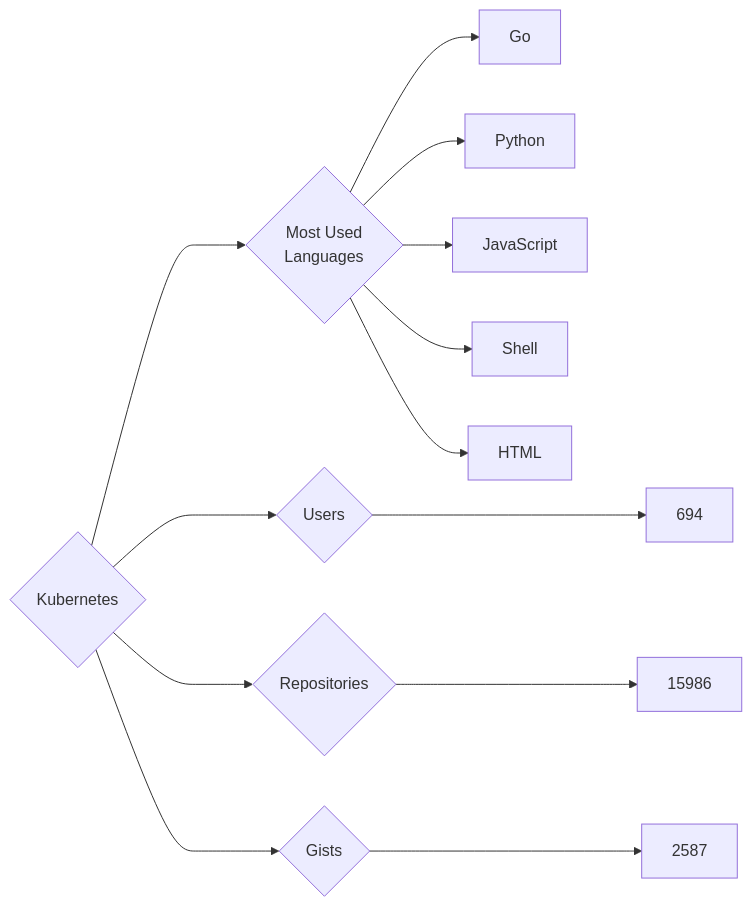
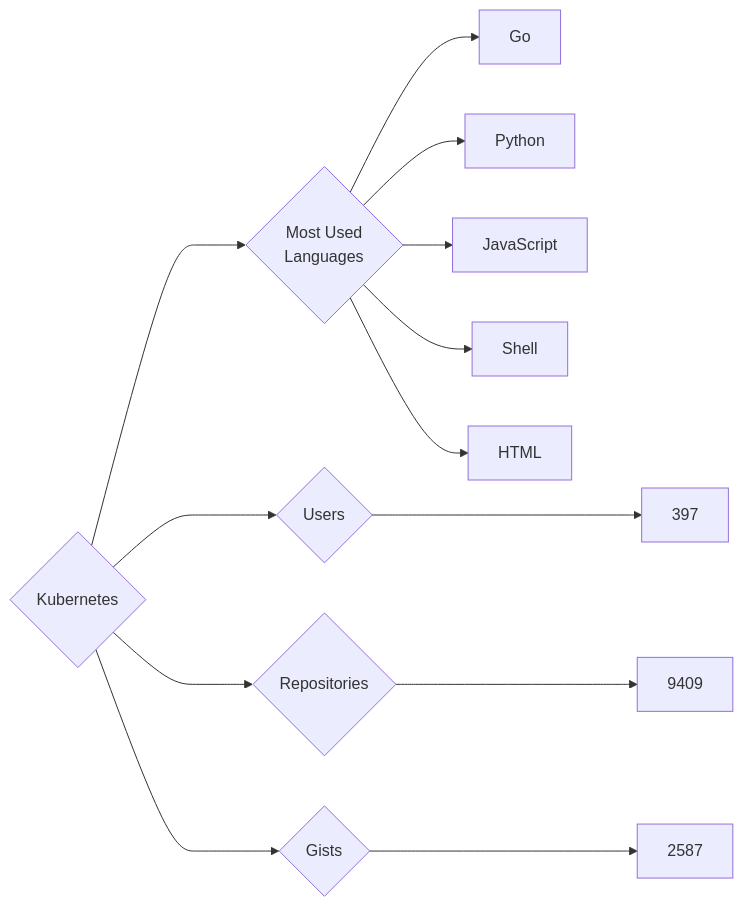
Before and after one commit to trickest/insiders: the diagram in targets/Kubernetes/README.md, drawn with Mermaid. The commit also changed 679 other files, not shown here.

````diff
--- a/targets/Kubernetes/README.md
+++ b/targets/Kubernetes/README.md
@@ -3,13 +3,13 @@
 ```mermaid
 graph LR
 COMPANY_NAME{Kubernetes}
-COMPANY_NAME ---> U{Users} ---> UN[694]
-COMPANY_NAME ---> R{Repositories} ---> RN[15986]
+COMPANY_NAME ---> U{Users} ---> UN[397]
+COMPANY_NAME ---> R{Repositories} ---> RN[9409]
 COMPANY_NAME ---> G{Gists} ---> GN[2587]
 COMPANY_NAME ---> ML{Most Used<br>Languages}
 ML --> Go[Go]
 ML --> Python[Python]
 ML --> JavaScript[JavaScript]
 ML --> Shell[Shell]
 ML --> HTML[HTML]
 ```
````
